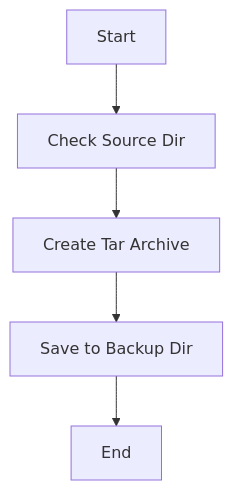
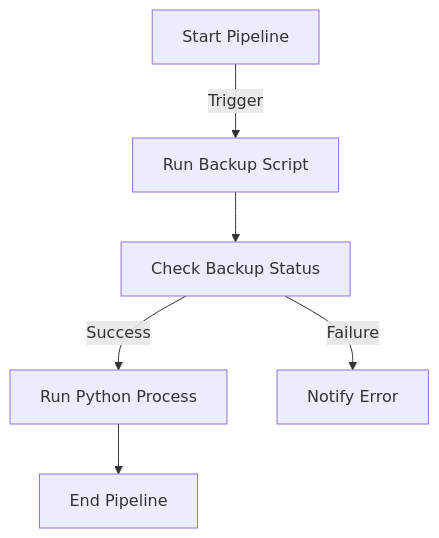
One commit to udhayprakash/PythonMaterial changed the diagram in python3/code_to_diagram.mmd. Above: the diagram before and after it, drawn with Mermaid.

```diff
--- a/python3/code_to_diagram.mmd
+++ b/python3/code_to_diagram.mmd
@@ -1,5 +1,6 @@
-flowchart TD
-    A[Start] --> B[Check Source Dir]
-    B --> C[Create Tar Archive]
-    C --> D[Save to Backup Dir]
-    D --> E[End]
+graph TD
+    A[Start Pipeline] -->|Trigger| B[Run Backup Script]
+    B --> C[Check Backup Status]
+    C -->|Success| D[Run Python Process]
+    D --> E[End Pipeline]
+    C -->|Failure| F[Notify Error]
```
